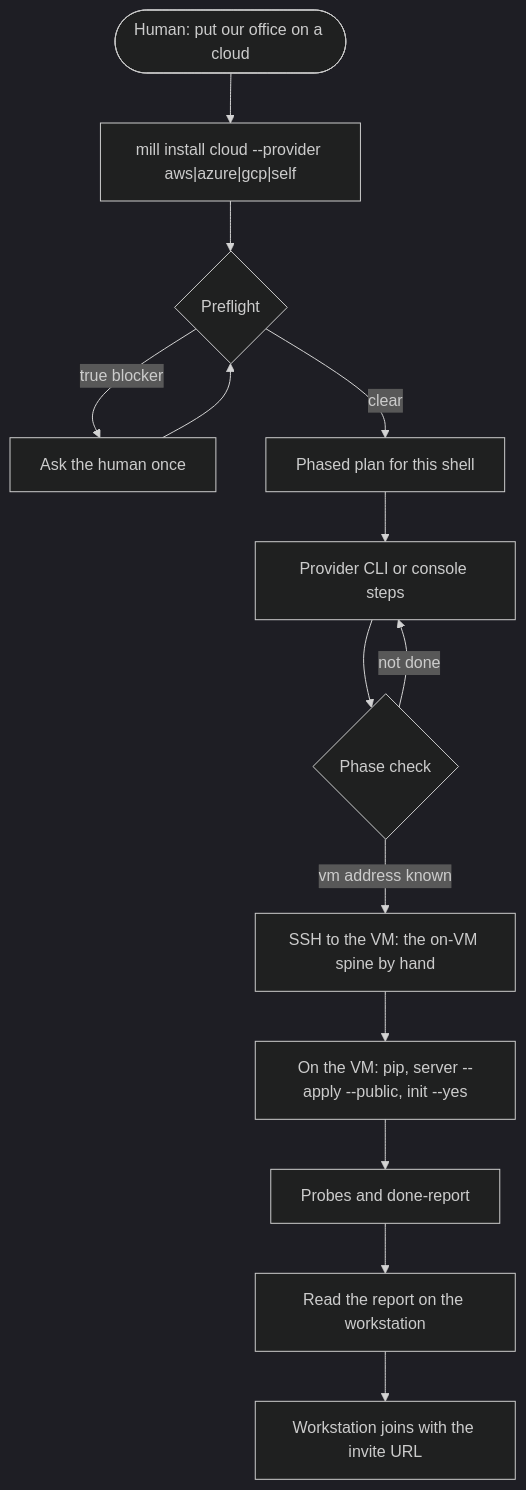
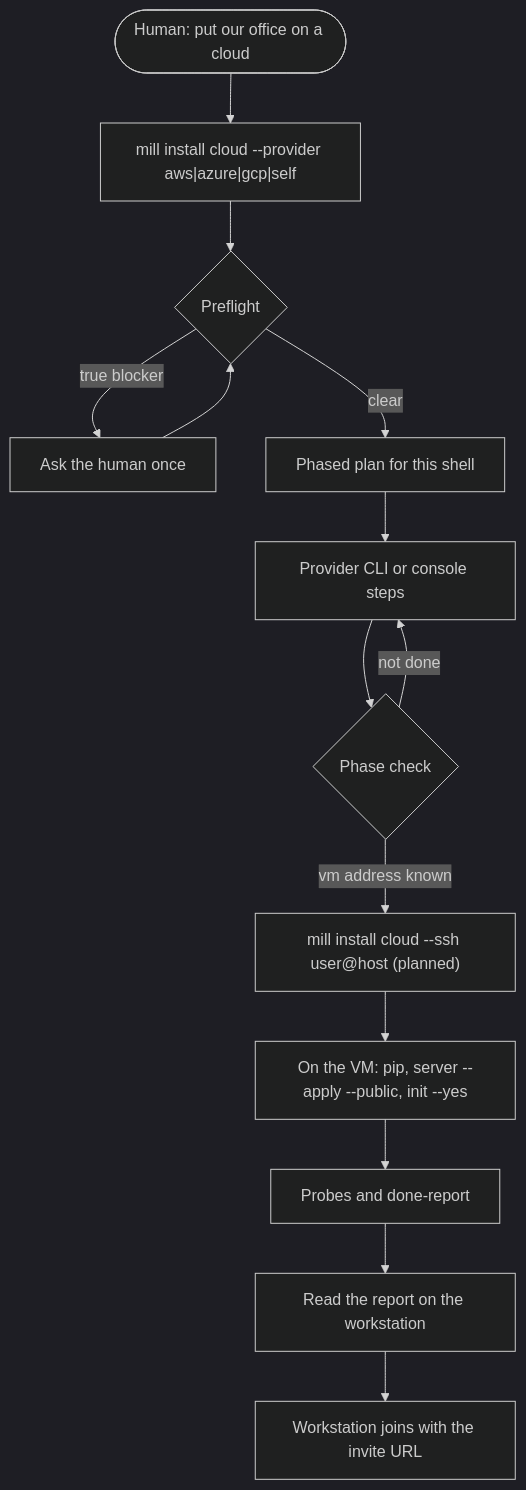
The diagram in docs/install/CLOUD.md (pyginapithon/the-mill), drawn with Mermaid (dark theme) before and after one commit. The commit also changed other lines of this file and 6 other files, not shown here.

First line of the commit message:
#678 Keep the planned install cloud --ssh contract, marked planned

````diff
--- a/docs/install/CLOUD.md
+++ b/docs/install/CLOUD.md
@@ -19,16 +19,16 @@
 ```mermaid
 flowchart TD
   ask([Human: put our office on a cloud]) --> pre["mill install cloud --provider aws|azure|gcp|self"]
   pre --> pf{Preflight}
   pf -->|true blocker| human[Ask the human once]
   human --> pf
   pf -->|clear| plan[Phased plan for this shell]
   plan --> step[Provider CLI or console steps]
   step --> check{Phase check}
   check -->|not done| step
-  check -->|vm address known| ssh["SSH to the VM: the on-VM spine by hand"]
+  check -->|vm address known| ssh["mill install cloud --ssh user@host (planned)"]
   ssh --> vm["On the VM: pip, server --apply --public, init --yes"]
   vm --> report[Probes and done-report]
   report --> back[Read the report on the workstation]
   back --> join[Workstation joins with the invite URL]
 ```
````
